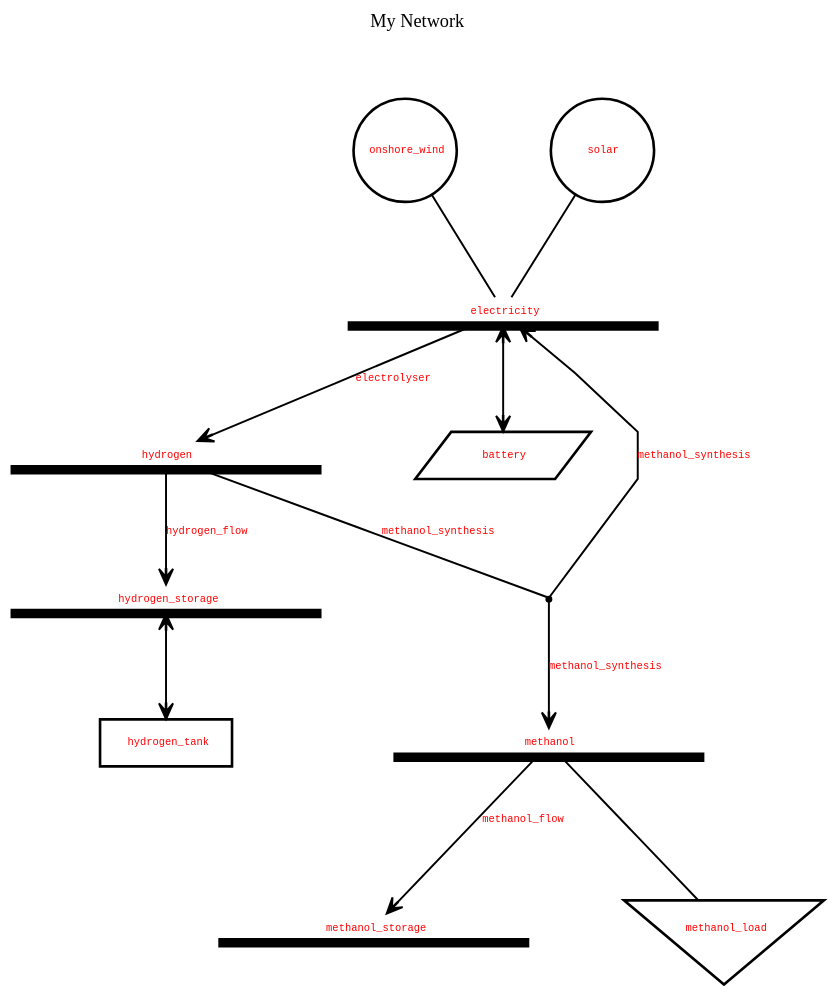
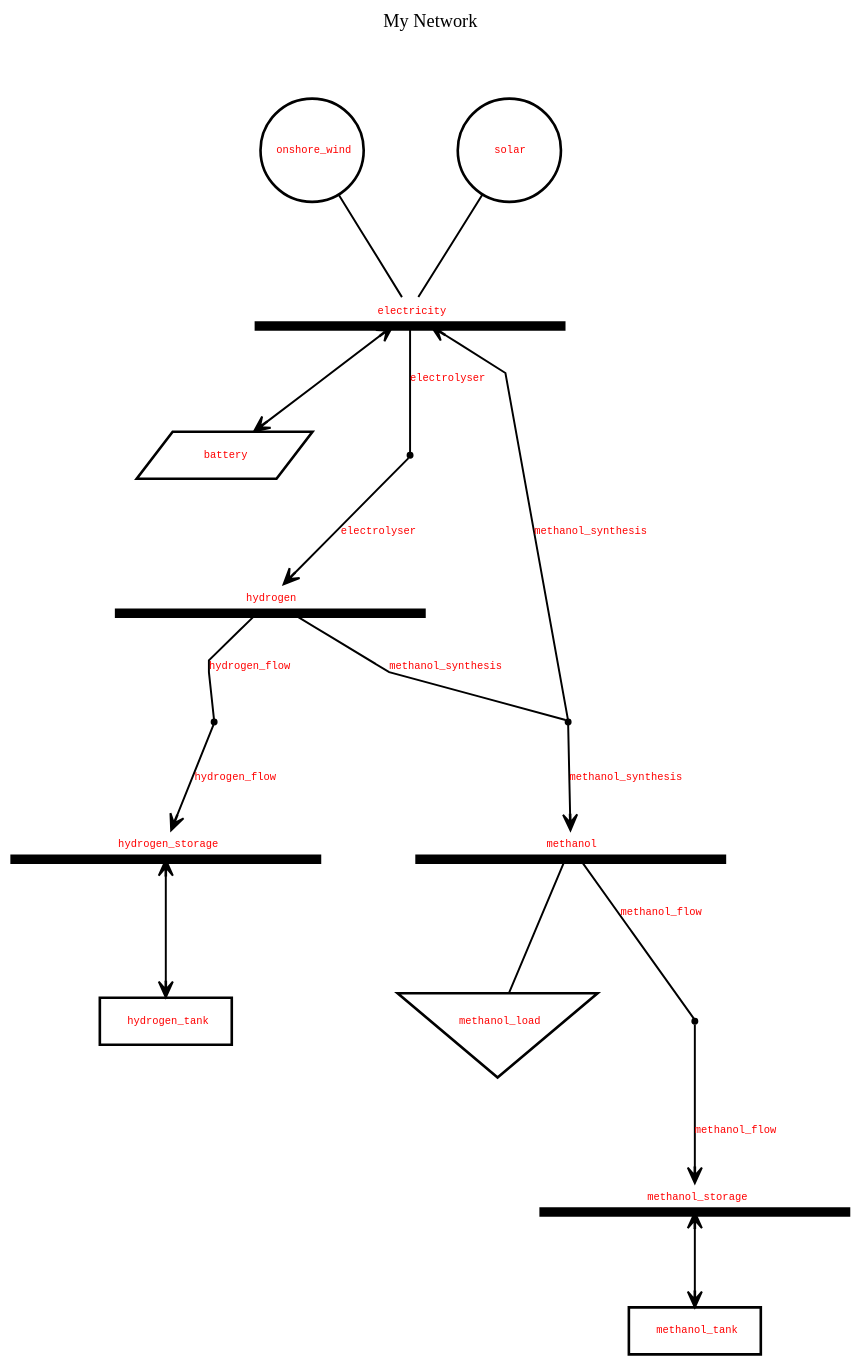
The diagram in topography.dot (philouhawi/PyPSA-China-Green-LCOX-Model), drawn with Graphviz before and after one commit. The commit also changed 3 other files, not shown here.

```diff
--- a/topography.dot
+++ b/topography.dot
@@ -1,5 +1,5 @@
 //
-// Generated by PyPSATopo version 1.1.0 (on the 2025/03/07 at 13:31:59) using the following parameters: 
+// Generated by PyPSATopo version 1.1.0 (on the 2025/03/07 at 16:11:39) using the following parameters: 
 //
 //    file_input=None
 //    focus=None
@@ -36,7 +36,7 @@
 Buses: 5 (out of 5)
 Generators: 2 (out of 2)
 Loads: 1 (out of 1)
-Stores: 1 (out of 1)
+Stores: 2 (out of 2)
 Storage units: 1 (out of 1)
 Links: 4 (out of 4)
 Lines: 0 (out of 0)
@@ -102,7 +102,7 @@
 Unit: 
 Generators: 0
 Loads: 0
-Stores: 0
+Stores: 1
 Storage units: 0
 Incoming links: 1
 Outgoing links: 0
@@ -142,7 +142,7 @@
 Carrier: 
 Power set: 100.00 ", shape = "invtriangle", width = 1.50, height = 1.20, style = "setlinewidth(2.00)", color = "black"]   "methanol (bus)" -> "methanol_load (load)" [style = "setlinewidth(1.50)", color = "black", arrowhead = "none"]
 
-   // stores (1)
+   // stores (2)
    "hydrogen_tank (store)" [label = <<font color = "red">hydrogen_tank</font>>, tooltip = "Store: hydrogen_tank
 Bus: hydrogen_storage
 Carrier: hydrogen
@@ -156,6 +156,19 @@
 Optimised nominal energy: 0.00 h
 Energy time series: N/A h
 Power time series: N/A ", shape = "box", width = 1.40, style = "setlinewidth(2.00)", color = "black"]   "hydrogen_storage (bus)" -> "hydrogen_tank (store)" [style = "setlinewidth(1.50)", color = "black", arrowhead = "vee", arrowtail = "vee", arrowsize = 1.20, dir = "both"]
+   "methanol_tank (store)" [label = <<font color = "red">methanol_tank</font>>, tooltip = "Store: methanol_tank
+Bus: methanol_storage
+Carrier: methanol
+Extendable nominal energy: True
+Nominal energy: 0.00 h
+Power set: 0.00 
+Cyclic energy: True
+Capital cost: 113.93 currency/
+Marginal cost: 1.00 currency/h
+
+Optimised nominal energy: 0.00 h
+Energy time series: N/A h
+Power time series: N/A ", shape = "box", width = 1.40, style = "setlinewidth(2.00)", color = "black"]   "methanol_storage (bus)" -> "methanol_tank (store)" [style = "setlinewidth(1.50)", color = "black", arrowhead = "vee", arrowtail = "vee", arrowsize = 1.20, dir = "both"]
 
    // storage units (1)
    "battery (storage unit)" [label = <<font color = "red">battery</font>>, tooltip = "Storage unit: battery
@@ -171,48 +184,53 @@
 Optimised nominal power: 0.00 
 Power time series: N/A ", shape = "parallelogram", width = 1.80, style = "setlinewidth(2.00)", color = "black"]   "electricity (bus)" -> "battery (storage unit)" [style = "setlinewidth(1.50)", color = "black", arrowhead = "vee", arrowtail = "vee", arrowsize = 1.20, dir = "both"]
 
-   // links (3)
-   "electricity (bus)" -> "hydrogen (bus)" [label = <<font color = "red">electrolyser</font>>, tooltip = "Link: electrolyser
+   // links (0)
+
+   // multi-link trunks (4)
+   "electrolyser (multi-link)" [label = <<font color = "red">electrolyser</font>>, tooltip = "Multi-link: electrolyser
+From: electricity (bus0)
+To: hydrogen (bus1)
+Carrier: Electrolyser
+Extendable nominal energy: True
+Nominal power: 0.00 MW
+Capital cost: 60179.63 currency/MW
+Marginal cost: 0.00 currency/MWh
+
+Optimised nominal power: 0.00 MW
+Power time series (p0): N/A MW", shape = "point", width = 0.06, color = "black"]
+   "electricity (bus)" -> "electrolyser (multi-link)" [label = <<font color = "red">electrolyser</font>>, tooltip = "Multi-link: electrolyser
 From: electricity (bus0)
 To: hydrogen (bus1)
 Carrier: Electrolyser
 Extendable nominal power: True
 Nominal power: 0.00 MW
-Efficiency: 0.59
 Capital cost: 60179.63 currency/MW
 Marginal cost: 0.00 currency/MWh
 
 Optimised nominal power: 0.00 MW
-Power time series (p0): N/A MW
-Power time series (p1): N/A MW", style = "setlinewidth(1.50)", color = "black", arrowhead = "vee", arrowsize = 1.20]
-   "hydrogen (bus)" -> "hydrogen_storage (bus)" [label = <<font color = "red">hydrogen_flow</font>>, tooltip = "Link: hydrogen_flow
+Power time series (p0): N/A MW", style = "setlinewidth(1.50)", color = "black", arrowhead = "none"]
+   "hydrogen_flow (multi-link)" [label = <<font color = "red">hydrogen_flow</font>>, tooltip = "Multi-link: hydrogen_flow
+From: hydrogen (bus0)
+To: hydrogen_storage (bus1)
+Carrier: 
+Extendable nominal energy: True
+Nominal power: 0.00 MW
+Capital cost: 0.00 currency/MW
+Marginal cost: 1.00 currency/MWh
+
+Optimised nominal power: 0.00 MW
+Power time series (p0): N/A MW", shape = "point", width = 0.06, color = "black"]
+   "hydrogen (bus)" -> "hydrogen_flow (multi-link)" [label = <<font color = "red">hydrogen_flow</font>>, tooltip = "Multi-link: hydrogen_flow
 From: hydrogen (bus0)
 To: hydrogen_storage (bus1)
 Carrier: 
 Extendable nominal power: True
 Nominal power: 0.00 MW
-Efficiency: 1.00
 Capital cost: 0.00 currency/MW
 Marginal cost: 1.00 currency/MWh
 
 Optimised nominal power: 0.00 MW
-Power time series (p0): N/A MW
-Power time series (p1): N/A MW", style = "setlinewidth(1.50)", color = "black", arrowhead = "vee", arrowsize = 1.20]
-   "methanol (bus)" -> "methanol_storage (bus)" [label = <<font color = "red">methanol_flow</font>>, tooltip = "Link: methanol_flow
-From: methanol (bus0)
-To: methanol_storage (bus1)
-Carrier: 
-Extendable nominal power: True
-Nominal power: 0.00 MW
-Efficiency: 1.00
-Capital cost: 0.00 currency/MW
-Marginal cost: 1.00 currency/MWh
-
-Optimised nominal power: 0.00 MW
-Power time series (p0): N/A MW
-Power time series (p1): N/A MW", style = "setlinewidth(1.50)", color = "black", arrowhead = "vee", arrowsize = 1.20]
-
-   // multi-link trunks (1)
+Power time series (p0): N/A MW", style = "setlinewidth(1.50)", color = "black", arrowhead = "none"]
    "methanol_synthesis (multi-link)" [label = <<font color = "red">methanol_synthesis</font>>, tooltip = "Multi-link: methanol_synthesis
 From: hydrogen (bus0)
 To: methanol (bus1)
@@ -237,8 +255,56 @@
 
 Optimised nominal power: 0.00 MW
 Power time series (p0): N/A MW", style = "setlinewidth(1.50)", color = "black", arrowhead = "none"]
+   "methanol_flow (multi-link)" [label = <<font color = "red">methanol_flow</font>>, tooltip = "Multi-link: methanol_flow
+From: methanol (bus0)
+To: methanol_storage (bus1)
+Carrier: 
+Extendable nominal energy: True
+Nominal power: 0.00 MW
+Capital cost: 0.00 currency/MW
+Marginal cost: 1.00 currency/MWh
 
-   // multi-link branches (2)
+Optimised nominal power: 0.00 MW
+Power time series (p0): N/A MW", shape = "point", width = 0.06, color = "black"]
+   "methanol (bus)" -> "methanol_flow (multi-link)" [label = <<font color = "red">methanol_flow</font>>, tooltip = "Multi-link: methanol_flow
+From: methanol (bus0)
+To: methanol_storage (bus1)
+Carrier: 
+Extendable nominal power: True
+Nominal power: 0.00 MW
+Capital cost: 0.00 currency/MW
+Marginal cost: 1.00 currency/MWh
+
+Optimised nominal power: 0.00 MW
+Power time series (p0): N/A MW", style = "setlinewidth(1.50)", color = "black", arrowhead = "none"]
+
+   // multi-link branches (5)
+   "electrolyser (multi-link)" -> "hydrogen (bus)" [label = <<font color = "red">electrolyser</font>>, tooltip = "Multi-link: electrolyser
+From: electricity (bus0)
+To: hydrogen (bus1)
+Carrier: Electrolyser
+Extendable nominal power: True
+Nominal power: 0.00 MW
+Efficiency: 0.59
+Capital cost: 60179.63 currency/MW
+Marginal cost: 0.00 currency/MWh
+
+Optimised nominal power: 0.00 MW
+Power time series (p0): N/A MW
+Power time series (p1): N/A MW", style = "setlinewidth(1.50)", color = "black", arrowhead = "vee", arrowsize = 1.20]
+   "hydrogen_flow (multi-link)" -> "hydrogen_storage (bus)" [label = <<font color = "red">hydrogen_flow</font>>, tooltip = "Multi-link: hydrogen_flow
+From: hydrogen (bus0)
+To: hydrogen_storage (bus1)
+Carrier: 
+Extendable nominal power: True
+Nominal power: 0.00 MW
+Efficiency: 1.00
+Capital cost: 0.00 currency/MW
+Marginal cost: 1.00 currency/MWh
+
+Optimised nominal power: 0.00 MW
+Power time series (p0): N/A MW
+Power time series (p1): N/A MW", style = "setlinewidth(1.50)", color = "black", arrowhead = "vee", arrowsize = 1.20]
    "methanol_synthesis (multi-link)" -> "methanol (bus)" [label = <<font color = "red">methanol_synthesis</font>>, tooltip = "Multi-link: methanol_synthesis
 From: hydrogen (bus0)
 To: methanol (bus1)
@@ -265,6 +331,19 @@
 Optimised nominal power: 0.00 MW
 Power time series (p0): N/A MW
 Power time series (p2): N/A MW", style = "setlinewidth(1.50)", color = "black", arrowhead = "vee", arrowsize = 1.20]
+   "methanol_flow (multi-link)" -> "methanol_storage (bus)" [label = <<font color = "red">methanol_flow</font>>, tooltip = "Multi-link: methanol_flow
+From: methanol (bus0)
+To: methanol_storage (bus1)
+Carrier: 
+Extendable nominal power: True
+Nominal power: 0.00 MW
+Efficiency: 1.00
+Capital cost: 0.00 currency/MW
+Marginal cost: 1.00 currency/MWh
+
+Optimised nominal power: 0.00 MW
+Power time series (p0): N/A MW
+Power time series (p1): N/A MW", style = "setlinewidth(1.50)", color = "black", arrowhead = "vee", arrowsize = 1.20]
 
    // lines (0)
 }
```
